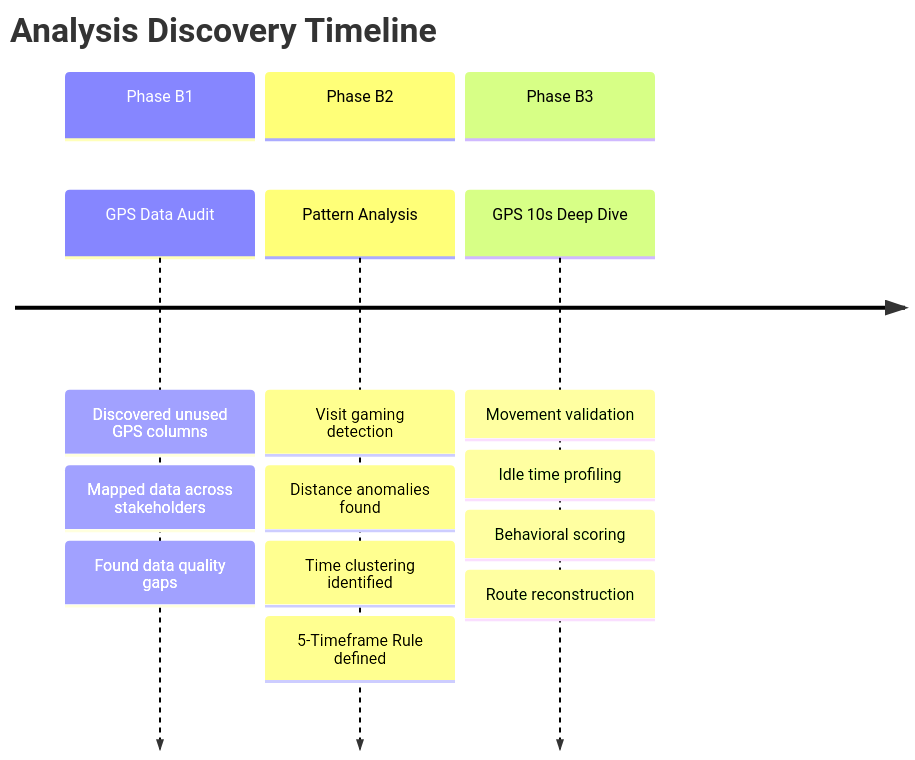
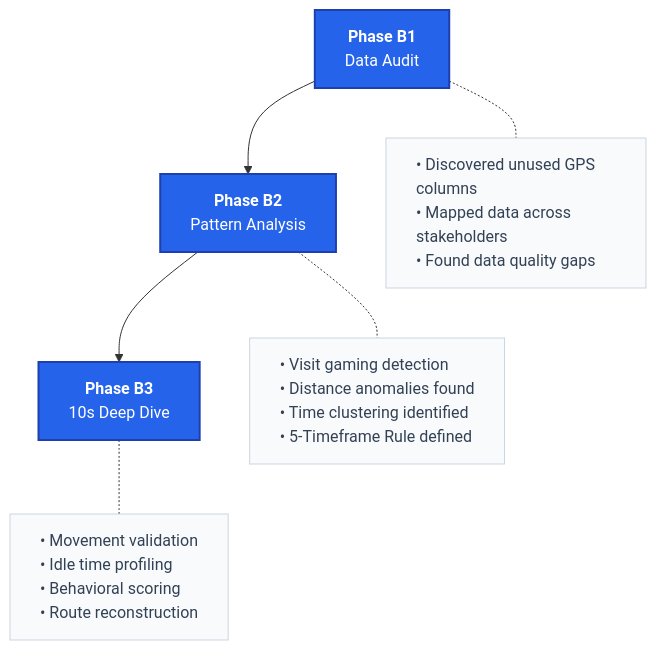
One commit to nghiaplt1611/gps-field-performance changed the first of 3 diagrams in docs/analysis_findings.md. Above: the diagram before and after it, drawn with Mermaid. The commit also changed 1 other file, not shown here.

Commit message:
fix: hyperlink and mermaid chart

````diff
--- a/docs/analysis_findings.md
+++ b/docs/analysis_findings.md
@@ -27,18 +27,13 @@
 ```mermaid
-timeline
-    title Analysis Discovery Timeline
-    section Phase B1
-        GPS Data Audit : Discovered unused GPS columns
-                       : Mapped data across stakeholders
-                       : Found data quality gaps
-    section Phase B2
-        Pattern Analysis : Visit gaming detection
-                        : Distance anomalies found
-                        : Time clustering identified
-                        : 5-Timeframe Rule defined
-    section Phase B3
-        GPS 10s Deep Dive : Movement validation
-                         : Idle time profiling
-                         : Behavioral scoring
-                         : Route reconstruction
+flowchart TD
+    A["<b>Phase B1</b><br/>Data Audit"] --> B["<b>Phase B2</b><br/>Pattern Analysis"] --> C["<b>Phase B3</b><br/>10s Deep Dive"]
+    
+    A -.- A1["• Discovered unused GPS columns<br/>• Mapped data across stakeholders<br/>• Found data quality gaps"]
+    B -.- B1["• Visit gaming detection<br/>• Distance anomalies found<br/>• Time clustering identified<br/>• 5-Timeframe Rule defined"]
+    C -.- C1["• Movement validation<br/>• Idle time profiling<br/>• Behavioral scoring<br/>• Route reconstruction"]
+    
+    classDef phase fill:#2563eb,stroke:#1e40af,stroke-width:2px,color:#fff,border-radius:5px;
+    classDef details fill:#f8fafc,stroke:#cbd5e1,stroke-width:1px,color:#334155,text-align:left;
+    class A,B,C phase;
+    class A1,B1,C1 details;
 ```
````
